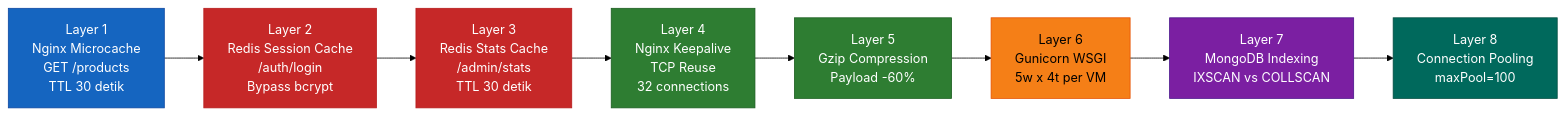
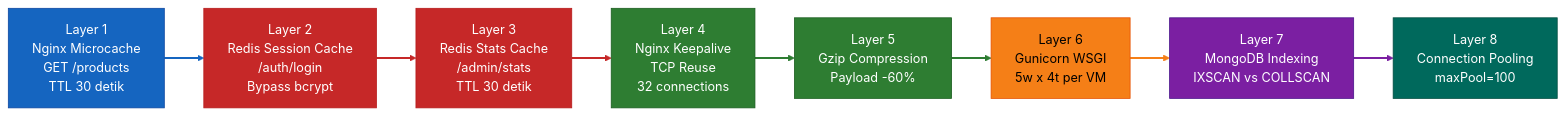
The third of 5 diagrams in README.md (baboey/fp-tka-1), drawn with Mermaid (forest theme) before and after one commit. The commit also changed other lines of this file, not shown here.

Commit message:
docs: use transparent subgraphs and colored link paths in Mermaid diagrams to fix overlaps and invisible arrows

````diff
--- a/README.md
+++ b/README.md
@@ -194,19 +204,27 @@
 ```mermaid
 graph LR
     A["Layer 1<br/>Nginx Microcache<br/>GET /products<br/>TTL 30 detik"] --> B["Layer 2<br/>Redis Session Cache<br/>/auth/login<br/>Bypass bcrypt"]
     B --> C["Layer 3<br/>Redis Stats Cache<br/>/admin/stats<br/>TTL 30 detik"]
     C --> D["Layer 4<br/>Nginx Keepalive<br/>TCP Reuse<br/>32 connections"]
     D --> E["Layer 5<br/>Gzip Compression<br/>Payload -60%"]
     E --> F["Layer 6<br/>Gunicorn WSGI<br/>5w x 4t per VM"]
     F --> G["Layer 7<br/>MongoDB Indexing<br/>IXSCAN vs COLLSCAN"]
     G --> H["Layer 8<br/>Connection Pooling<br/>maxPool=100"]
 
     style A fill:#1565C0,stroke:#0d47a1,color:#fff
     style B fill:#C62828,stroke:#b71c1c,color:#fff
     style C fill:#C62828,stroke:#b71c1c,color:#fff
     style D fill:#2E7D32,stroke:#1b5e20,color:#fff
     style E fill:#2E7D32,stroke:#1b5e20,color:#fff
     style F fill:#F57F17,stroke:#e65100,color:#000
     style G fill:#7B1FA2,stroke:#4a148c,color:#fff
     style H fill:#00695C,stroke:#004d40,color:#fff
+
+    linkStyle 0 stroke:#1565C0,stroke-width:2.5px
+    linkStyle 1 stroke:#C62828,stroke-width:2.5px
+    linkStyle 2 stroke:#C62828,stroke-width:2.5px
+    linkStyle 3 stroke:#2E7D32,stroke-width:2.5px
+    linkStyle 4 stroke:#2E7D32,stroke-width:2.5px
+    linkStyle 5 stroke:#F57F17,stroke-width:2.5px
+    linkStyle 6 stroke:#7B1FA2,stroke-width:2.5px
 ```
````
